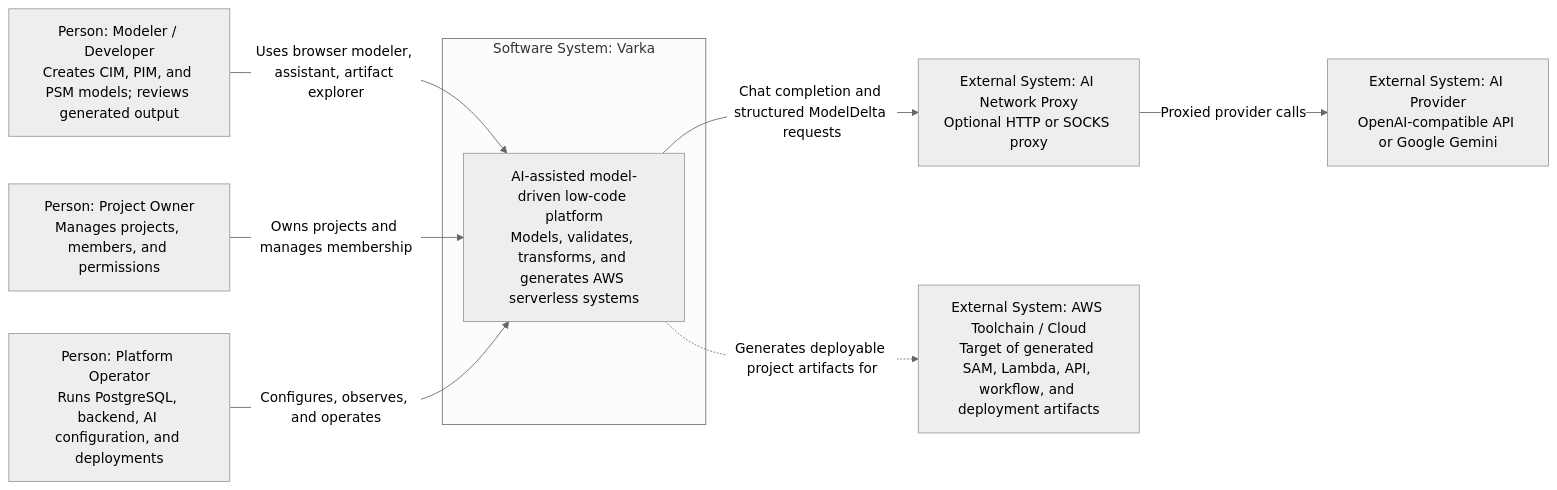
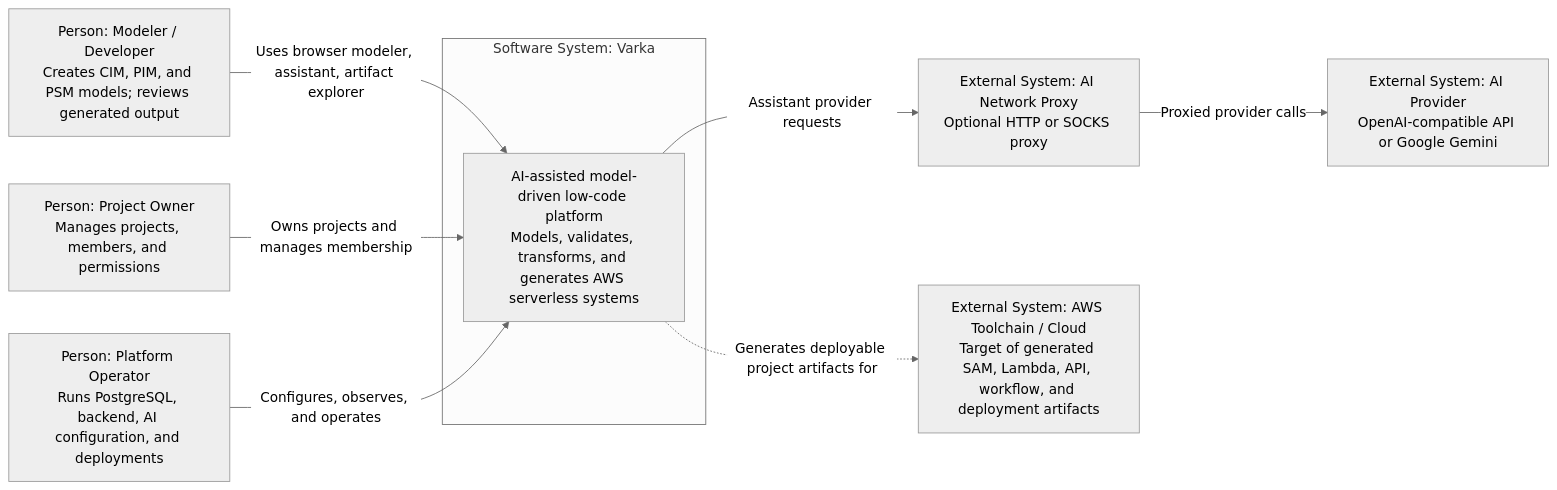
The first of 2 diagrams in docs/diagrams/01-c4-system-context.md (mehdieidi/modriss), drawn with Mermaid (neutral theme) before and after one commit. The commit also changed other lines of this file and 37 other files, not shown here.

````diff
--- a/docs/diagrams/01-c4-system-context.md
+++ b/docs/diagrams/01-c4-system-context.md
@@ -3,21 +3,21 @@
 ```mermaid
 flowchart LR
     developer["Person: Modeler / Developer<br/>Creates CIM, PIM, and PSM models; reviews generated output"]
     owner["Person: Project Owner<br/>Manages projects, members, and permissions"]
     operator["Person: Platform Operator<br/>Runs PostgreSQL, backend, AI configuration, and deployments"]
 
     subgraph varka["Software System: Varka"]
         system["AI-assisted model-driven low-code platform<br/>Models, validates, transforms, and generates AWS serverless systems"]
     end
 
     llm["External System: AI Provider<br/>OpenAI-compatible API or Google Gemini"]
     proxy["External System: AI Network Proxy<br/>Optional HTTP or SOCKS proxy"]
     aws["External System: AWS Toolchain / Cloud<br/>Target of generated SAM, Lambda, API, workflow, and deployment artifacts"]
 
     developer -->|"Uses browser modeler, assistant, artifact explorer"| system
     owner -->|"Owns projects and manages membership"| system
     operator -->|"Configures, observes, and operates"| system
-    system -->|"Chat completion and structured ModelDelta requests"| proxy
+    system -->|"Assistant provider requests"| proxy
     proxy -->|"Proxied provider calls"| llm
     system -.->|"Generates deployable project artifacts for"| aws
 ```
````
